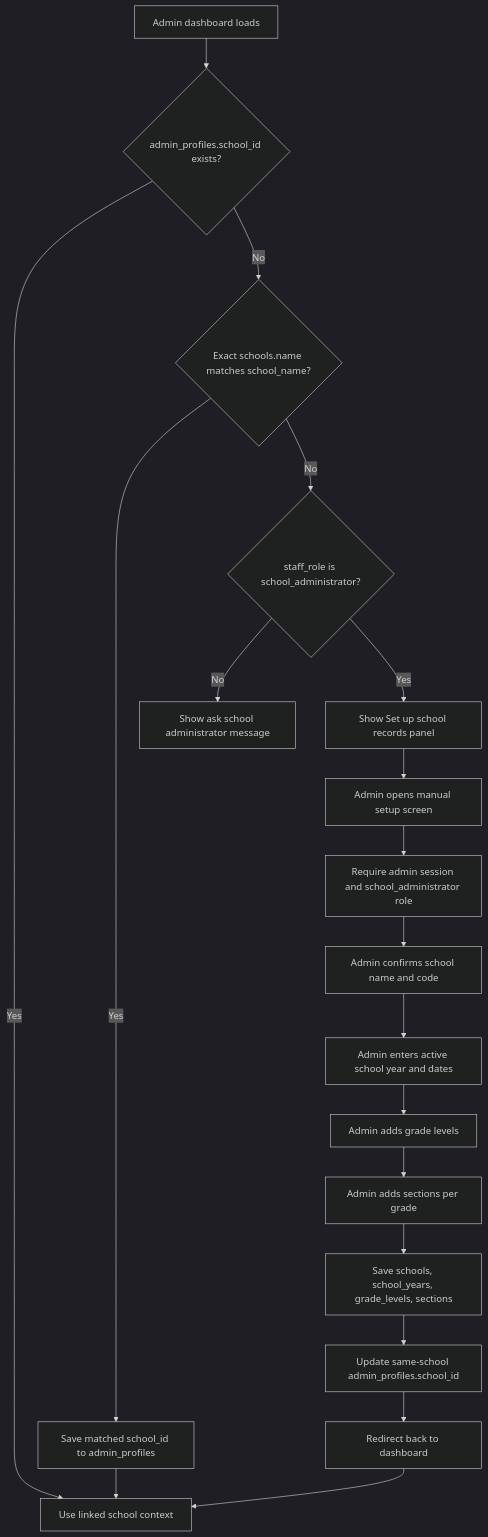
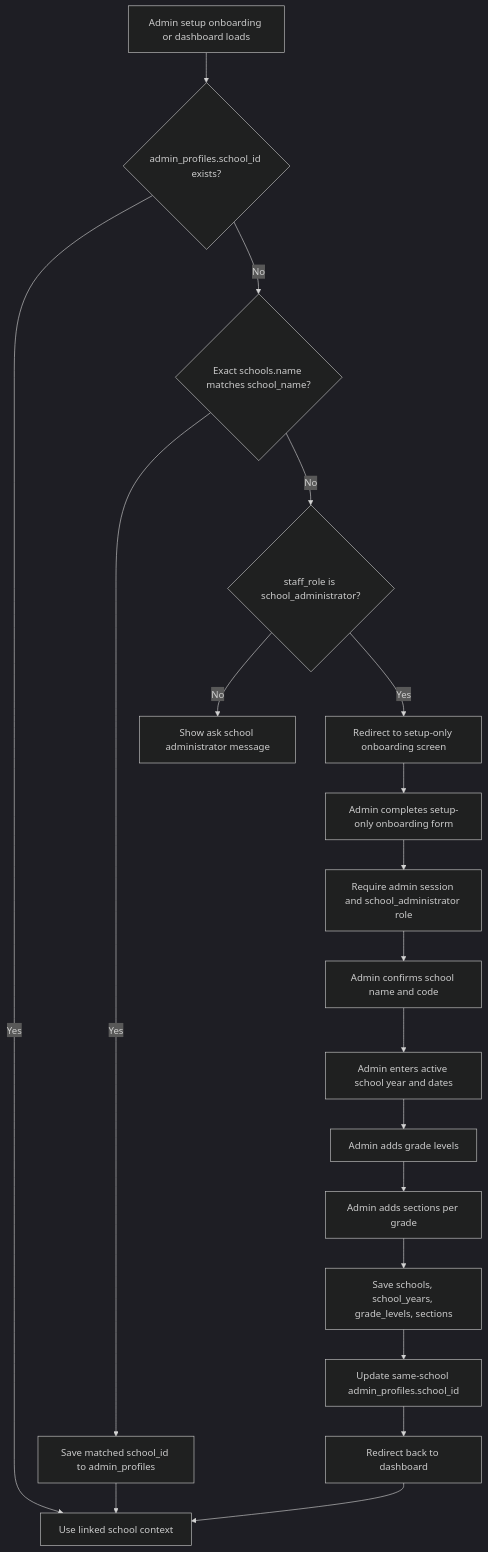
One commit to Xeyn19/xmetapay changed the fourth of 17 diagrams in docs/PROJECT_FLOWCHARTS.md. Above: the diagram before and after it, drawn with Mermaid (dark theme). The commit also changed other lines of this file and 13 other files, not shown here.

````diff
--- a/docs/PROJECT_FLOWCHARTS.md
+++ b/docs/PROJECT_FLOWCHARTS.md
@@ -155,21 +159,21 @@
 ```mermaid
 flowchart TD
-  A["Admin dashboard loads"] --> B{"admin_profiles.school_id exists?"}
+  A["Admin setup onboarding or dashboard loads"] --> B{"admin_profiles.school_id exists?"}
   B -->|Yes| C["Use linked school context"]
   B -->|No| D{"Exact schools.name matches school_name?"}
   D -->|Yes| E["Save matched school_id to admin_profiles"]
   E --> C
   D -->|No| F{"staff_role is school_administrator?"}
   F -->|No| G["Show ask school administrator message"]
-  F -->|Yes| H["Show Set up school records panel"]
-  H --> I["Admin opens manual setup screen"]
+  F -->|Yes| H["Redirect to setup-only onboarding screen"]
+  H --> I["Admin completes setup-only onboarding form"]
   I --> J["Require admin session and school_administrator role"]
   J --> K["Admin confirms school name and code"]
   K --> L["Admin enters active school year and dates"]
   L --> M["Admin adds grade levels"]
   M --> N["Admin adds sections per grade"]
   N --> O["Save schools, school_years, grade_levels, sections"]
   O --> P["Update same-school admin_profiles.school_id"]
   P --> Q["Redirect back to dashboard"]
   Q --> C
 ```
````
